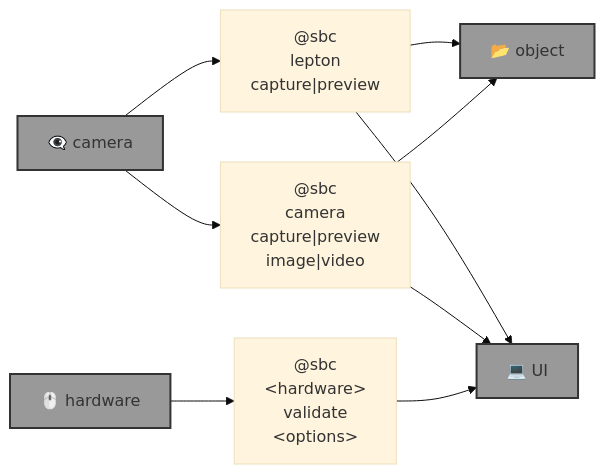
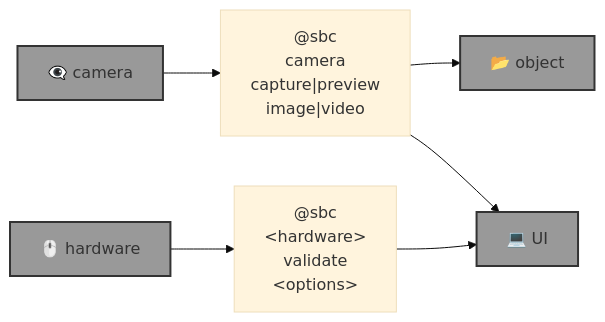
The diagram in README.md (kamangir/eye), drawn with Mermaid (base theme) before and after one commit. The commit also changed other lines of this file and 2 other files, not shown here.

Commit message:
++ - kamangir/bolt#746

````diff
--- a/README.md
+++ b/README.md
@@ -13,27 +13,20 @@
 ```mermaid
 graph LR
-
-    lepton["@sbc<br>lepton<br>capture|preview"]
-
     camera["@sbc<br>camera<br>capture|preview<br>image|video"]
 
     hardware_validate["@sbc<br>&lt;hardware&gt;<br>validate<br>&lt;options&gt;"]
 
     object["📂 object"]:::folder
     camera_hardware["👁️‍🗨️ camera"]:::folder
     hardware["🖱️ hardware"]:::folder
     UI["💻 UI"]:::folder
-
-    camera_hardware --> lepton
-    lepton --> object
-    lepton --> UI
 
     camera_hardware --> camera
     camera --> object
     camera --> UI
 
     hardware --> hardware_validate
     hardware_validate --> UI
 
     classDef folder fill:#999,stroke:#333,stroke-width:2px;
 ```
````
